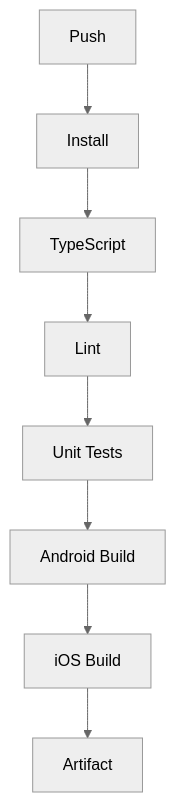
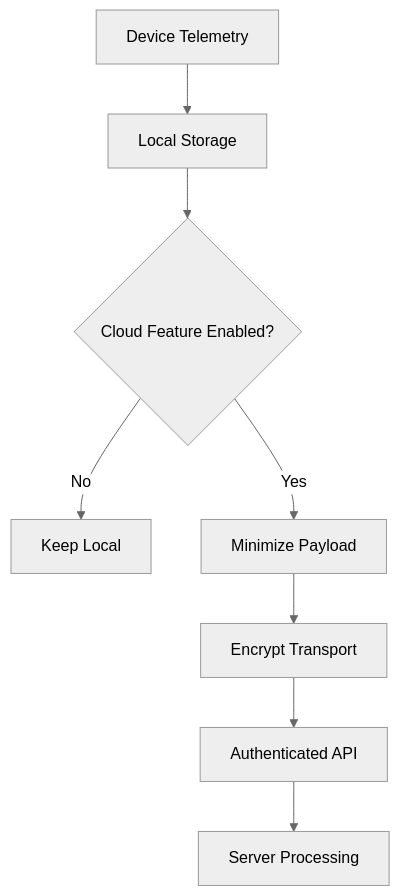
One commit to lucylow/battery_tracker_mobile changed diagram 19 of 25 in README.md. Above: the diagram before and after it, drawn with Mermaid (neutral theme). The commit also changed other lines of this file, not shown here.

````diff
--- a/README.md
+++ b/README.md
@@ -2318,10 +1452,10 @@
 ```mermaid
 flowchart TD
-    A[Push] --> B[Install]
-    B --> C[TypeScript]
-    C --> D[Lint]
-    D --> E[Unit Tests]
-    E --> F[Android Build]
-    F --> G[iOS Build]
-    G --> H[Artifact]
+    A[Device Telemetry] --> B[Local Storage]
+    B --> C{Cloud Feature Enabled?}
+    C -->|No| D[Keep Local]
+    C -->|Yes| E[Minimize Payload]
+    E --> F[Encrypt Transport]
+    F --> G[Authenticated API]
+    G --> H[Server Processing]
 ```
````
